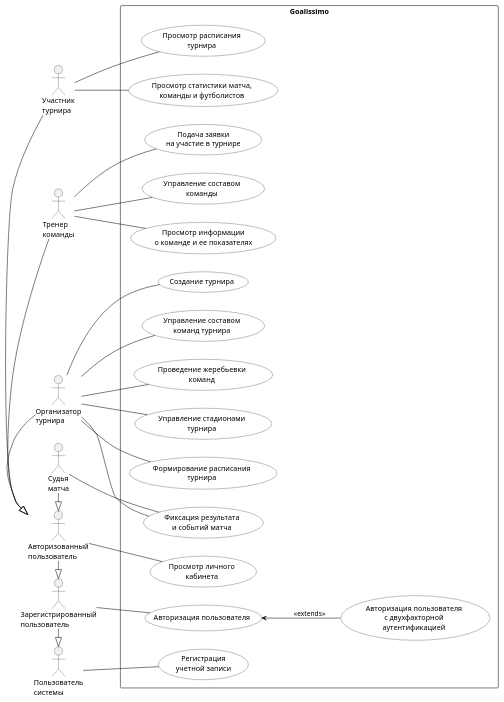
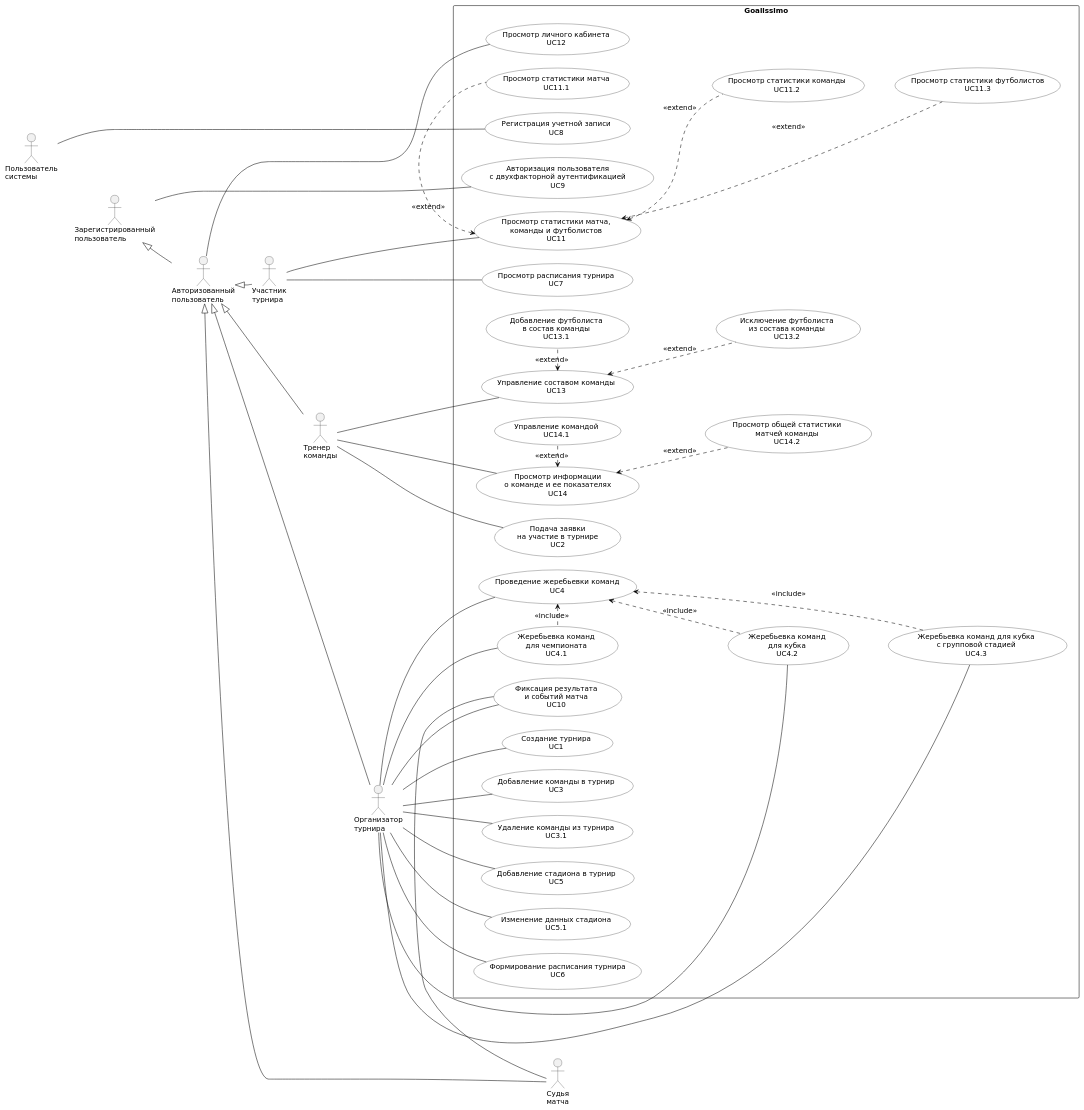
The diagram in us.puml (vodobryshkin/is-course-work-0), drawn with PlantUML before and after one commit.

Commit message:
I corrected the diagram and added new precedents

```diff
--- a/us.puml
+++ b/us.puml
@@ -1,78 +1,147 @@
 @startuml
 title ""
 
 left to right direction
 
 skinparam packageStyle rectangle
 skinparam shadowing false
 skinparam actorStyle stickman
+skinparam defaultFontName "DejaVu Sans"
+skinparam defaultFontSize 14
+skinparam nodesep 26
+skinparam ranksep 32
 
 skinparam usecase {
     BackgroundColor White
     BorderColor Black
     ArrowColor Black
 }
 
 skinparam rectangle {
     BackgroundColor White
     BorderColor Black
 }
 
 actor "Пользователь\nсистемы" as User
 actor "Зарегистрированный\nпользователь" as RegisteredUser
 actor "Авторизованный\nпользователь" as AuthorizedUser
 actor "Участник\nтурнира" as Participant
 actor "Тренер\nкоманды" as Coach
 actor "Организатор\nтурнира" as Organizer
 actor "Судья\nматча" as Referee
 
-RegisteredUser -|> User
-AuthorizedUser -|> RegisteredUser
+AuthorizedUser -up-|> RegisteredUser
 
-Participant -|> AuthorizedUser
-Coach -|> AuthorizedUser
-Organizer -|> AuthorizedUser
-Referee -|> AuthorizedUser
+Participant -up-|> AuthorizedUser
+Coach -up-|> AuthorizedUser
+Organizer -up-|> AuthorizedUser
+Referee -up-|> AuthorizedUser
 
 rectangle "Goalissimo" {
 
-    usecase "Создание турнира" as UC1
-    usecase "Подача заявки\nна участие в турнире" as UC2
-    usecase "Управление составом\nкоманд турнира" as UC3
-    usecase "Проведение жеребьевки\nкоманд" as UC4
-    usecase "Управление стадионами\nтурнира" as UC5
-    usecase "Формирование расписания\nтурнира" as UC6
-    usecase "Просмотр расписания\nтурнира" as UC7
-    usecase "Регистрация\nучетной записи" as UC8
-    usecase "Авторизация пользователя" as UC9
-    usecase "Авторизация пользователя\nс двухфакторной\nаутентификацией" as UC9.1
-    usecase "Фиксация результата\nи событий матча" as UC10
-    usecase "Просмотр статистики матча,\nкоманды и футболистов" as UC11
-    usecase "Просмотр личного\nкабинета" as UC12
-    usecase "Управление составом\nкоманды" as UC13
-    usecase "Просмотр информации\nо команде и ее показателях" as UC14
+    usecase "Регистрация учетной записи\nUC8" as UC8
+    usecase "Авторизация пользователя\nс двухфакторной аутентификацией\nUC9" as UC9
+    usecase "Просмотр личного кабинета\nUC12" as UC12
+
+    usecase "Просмотр расписания турнира\nUC7" as UC7
+
+    together {
+        usecase "Просмотр статистики матча,\nкоманды и футболистов\nUC11" as UC11
+        usecase "Просмотр статистики матча\nUC11.1" as UC11_1
+        usecase "Просмотр статистики команды\nUC11.2" as UC11_2
+        usecase "Просмотр статистики футболистов\nUC11.3" as UC11_3
+    }
+
+    usecase "Подача заявки\nна участие в турнире\nUC2" as UC2
+
+    together {
+        usecase "Управление составом команды\nUC13" as UC13
+        usecase "Добавление футболиста\nв состав команды\nUC13.1" as UC13_1
+        usecase "Исключение футболиста\nиз состава команды\nUC13.2" as UC13_2
+    }
+
+    together {
+        usecase "Просмотр информации\nо команде и ее показателях\nUC14" as UC14
+        usecase "Управление командой\nUC14.1" as UC14_1
+        usecase "Просмотр общей статистики\nматчей команды\nUC14.2" as UC14_2
+    }
+
+    usecase "Создание турнира\nUC1" as UC1
+    usecase "Добавление команды в турнир\nUC3" as UC3
+    usecase "Удаление команды из турнира\nUC3.1" as UC3_1
+
+    together {
+        usecase "Проведение жеребьевки команд\nUC4" as UC4
+        usecase "Жеребьевка команд\nдля чемпионата\nUC4.1" as UC4_1
+        usecase "Жеребьевка команд\nдля кубка\nUC4.2" as UC4_2
+        usecase "Жеребьевка команд для кубка\nс групповой стадией\nUC4.3" as UC4_3
+    }
+
+    usecase "Добавление стадиона в турнир\nUC5" as UC5
+    usecase "Изменение данных стадиона\nUC5.1" as UC5_1
+    usecase "Формирование расписания турнира\nUC6" as UC6
+    usecase "Фиксация результата\nи событий матча\nUC10" as UC10
 }
 
 User -- UC8
 RegisteredUser -- UC9
 AuthorizedUser -- UC12
-
-UC9 <-- UC9.1: <<extends>>
 
 Participant -- UC7
 Participant -- UC11
 
 Coach -- UC2
 Coach -- UC13
 Coach -- UC14
 
 Organizer -- UC1
 Organizer -- UC3
+Organizer -- UC3_1
 Organizer -- UC4
+Organizer -- UC4_1
+Organizer -- UC4_2
+Organizer -- UC4_3
 Organizer -- UC5
+Organizer -- UC5_1
 Organizer -- UC6
 Organizer -- UC10
 
 Referee -- UC10
 
+UC4_1 .left.> UC4 : <<include>>
+UC4_2 .left.> UC4 : <<include>>
+UC4_3 .left.> UC4 : <<include>>
+
+UC11_1 .left.> UC11 : <<extend>>
+UC11_2 .left.> UC11 : <<extend>>
+UC11_3 .left.> UC11 : <<extend>>
+
+UC13_1 .left.> UC13 : <<extend>>
+UC13_2 .left.> UC13 : <<extend>>
+
+UC14_1 .left.> UC14 : <<extend>>
+UC14_2 .left.> UC14 : <<extend>>
+
+' Только расположение элементов.
+UC11 -[hidden]right-> UC11_1
+UC11_1 -[hidden]down-> UC11_2
+UC11_2 -[hidden]down-> UC11_3
+
+UC13 -[hidden]right-> UC13_1
+UC13_1 -[hidden]down-> UC13_2
+
+UC14 -[hidden]right-> UC14_1
+UC14_1 -[hidden]down-> UC14_2
+
+UC4 -[hidden]right-> UC4_1
+UC4_1 -[hidden]down-> UC4_2
+UC4_2 -[hidden]down-> UC4_3
+
+User -[hidden]down-> RegisteredUser
+RegisteredUser -[hidden]down-> AuthorizedUser
+AuthorizedUser -[hidden]down-> Participant
+Participant -[hidden]down-> Coach
+Coach -[hidden]down-> Organizer
+Organizer -[hidden]down-> Referee
+
 @enduml
```
